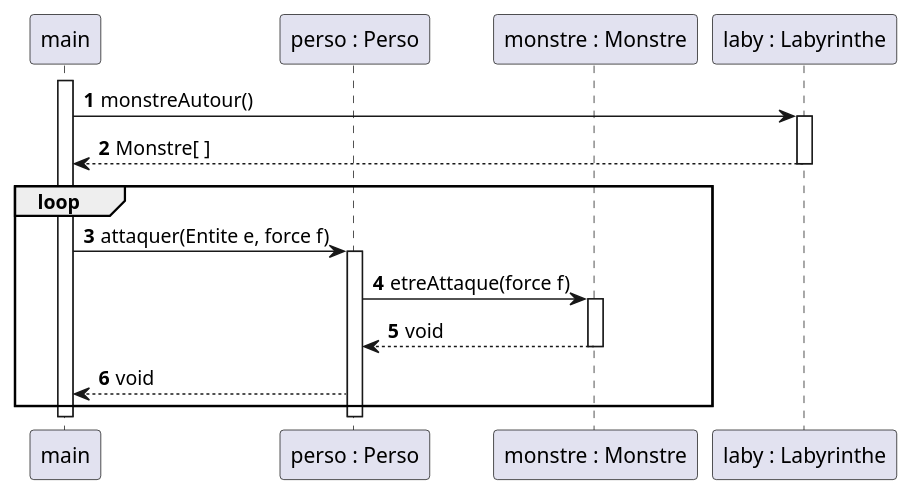
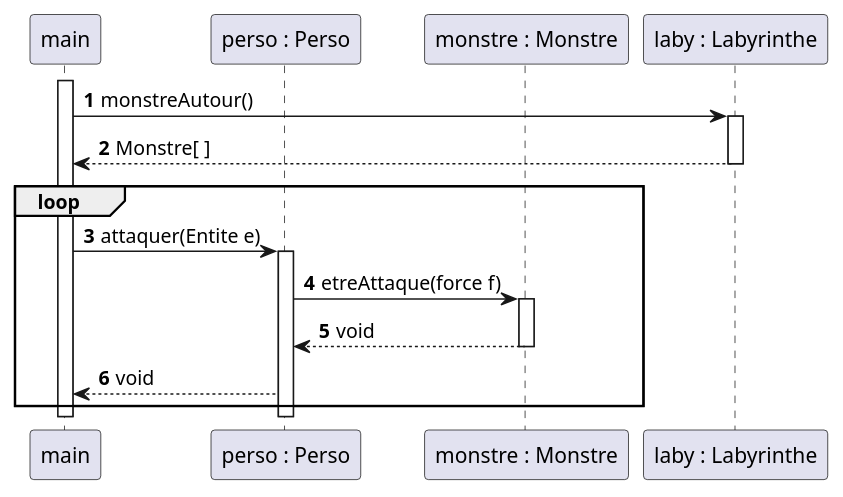
Before and after one commit to celie-ponroy/2023_S2.01_Zeldiablo_ponroy_roth_prykhodko_bortolotti: the diagram in zeldiablo/documents/version_3/diagseq_attaqueJoueur.puml, drawn with PlantUML. The commit also changed 2 other files, not shown here.

```diff
--- a/zeldiablo/documents/version_3/diagseq_attaqueJoueur.puml
+++ b/zeldiablo/documents/version_3/diagseq_attaqueJoueur.puml
@@ -1,32 +1,32 @@
 @startuml
 
 autonumber
 
 participant "main" as m
 participant "perso : Perso" as p
 participant "monstre : Monstre" as mon
 participant "laby : Labyrinthe" as l
 
 activate m
 
 m -> l : monstreAutour()
 activate l
 m <-- l : Monstre[ ]
 deactivate l
 
 loop
-m -> p : attaquer(Entite e, force f)
+m -> p : attaquer(Entite e)
 
 activate p
 p -> mon : etreAttaque(force f)
 activate mon
 p <-- mon : void
 deactivate mon
 
 m <-- p : void
 end
 deactivate p
 
 deactivate m
 
 @enduml
```
